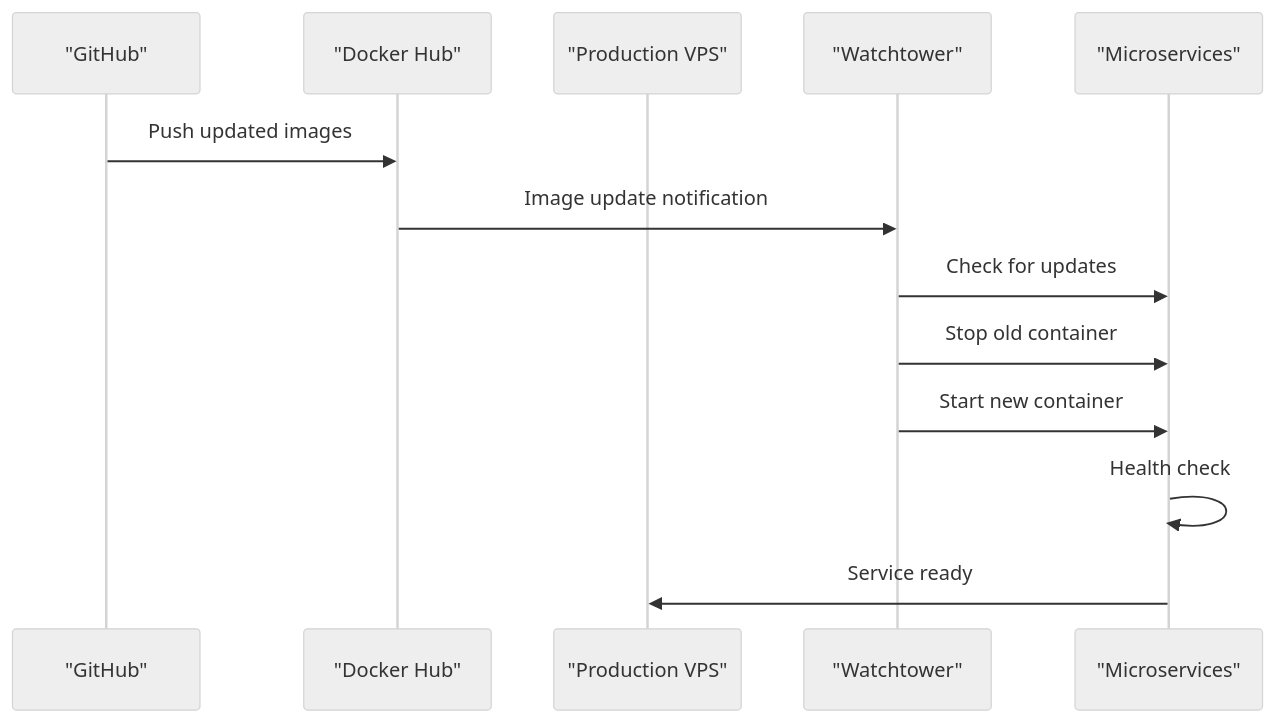
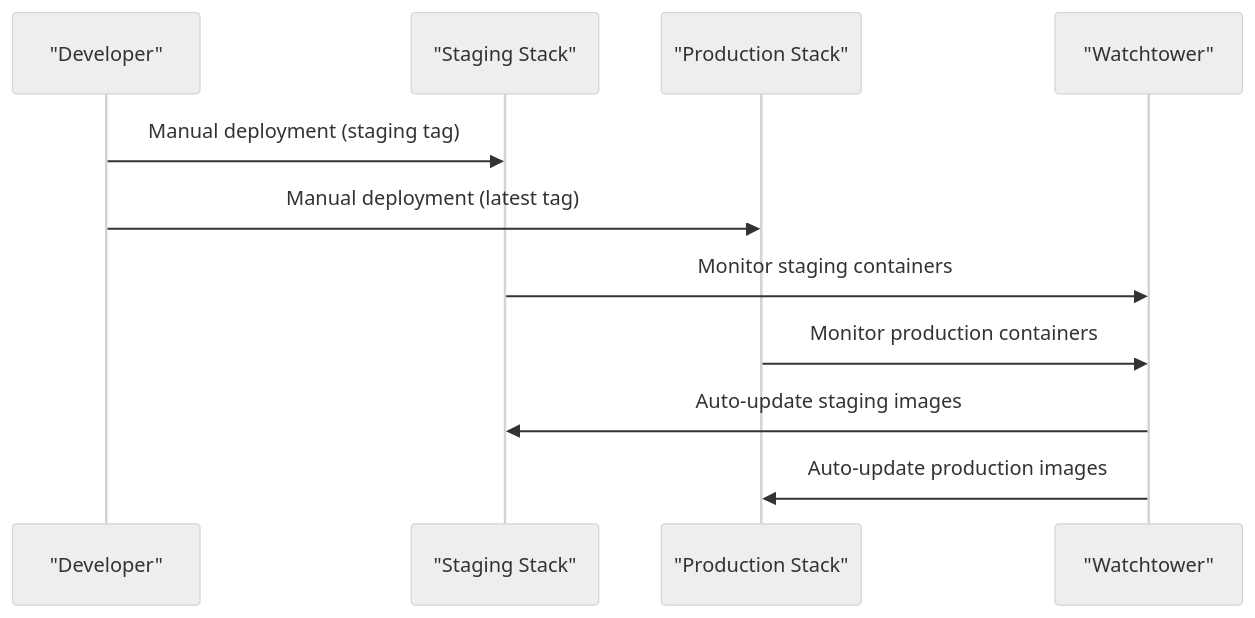
Diagram 13 of 13 in .qoder/repowiki/en/content/Deployment & DevOps/CI_CD Pipelines.md (Revanththetalogics/aireume), drawn with Mermaid (neutral theme) before and after one commit. The commit also changed other lines of this file and 9 other files, not shown here.

First line of the commit message:
fix: staging migration crash + preserve production volumes

````diff
--- a/.qoder/repowiki/en/content/Deployment & DevOps/CI_CD Pipelines.md
+++ b/.qoder/repowiki/en/content/Deployment & DevOps/CI_CD Pipelines.md
@@ -471,15 +530,13 @@
 ```mermaid
 sequenceDiagram
-participant GH as "GitHub"
-participant DH as "Docker Hub"
-participant VPS as "Production VPS"
+participant Dev as "Developer"
+participant Staging as "Staging Stack"
+participant Prod as "Production Stack"
 participant Watchtower as "Watchtower"
-participant Services as "Microservices"
-GH->>DH : Push updated images
-DH->>Watchtower : Image update notification
-Watchtower->>Services : Check for updates
-Watchtower->>Services : Stop old container
-Watchtower->>Services : Start new container
-Services->>Services : Health check
-Services->>VPS : Service ready
+Dev->>Staging : Manual deployment (staging tag)
+Dev->>Prod : Manual deployment (latest tag)
+Staging->>Watchtower : Monitor staging containers
+Prod->>Watchtower : Monitor production containers
+Watchtower->>Staging : Auto-update staging images
+Watchtower->>Prod : Auto-update production images
 ```
````
